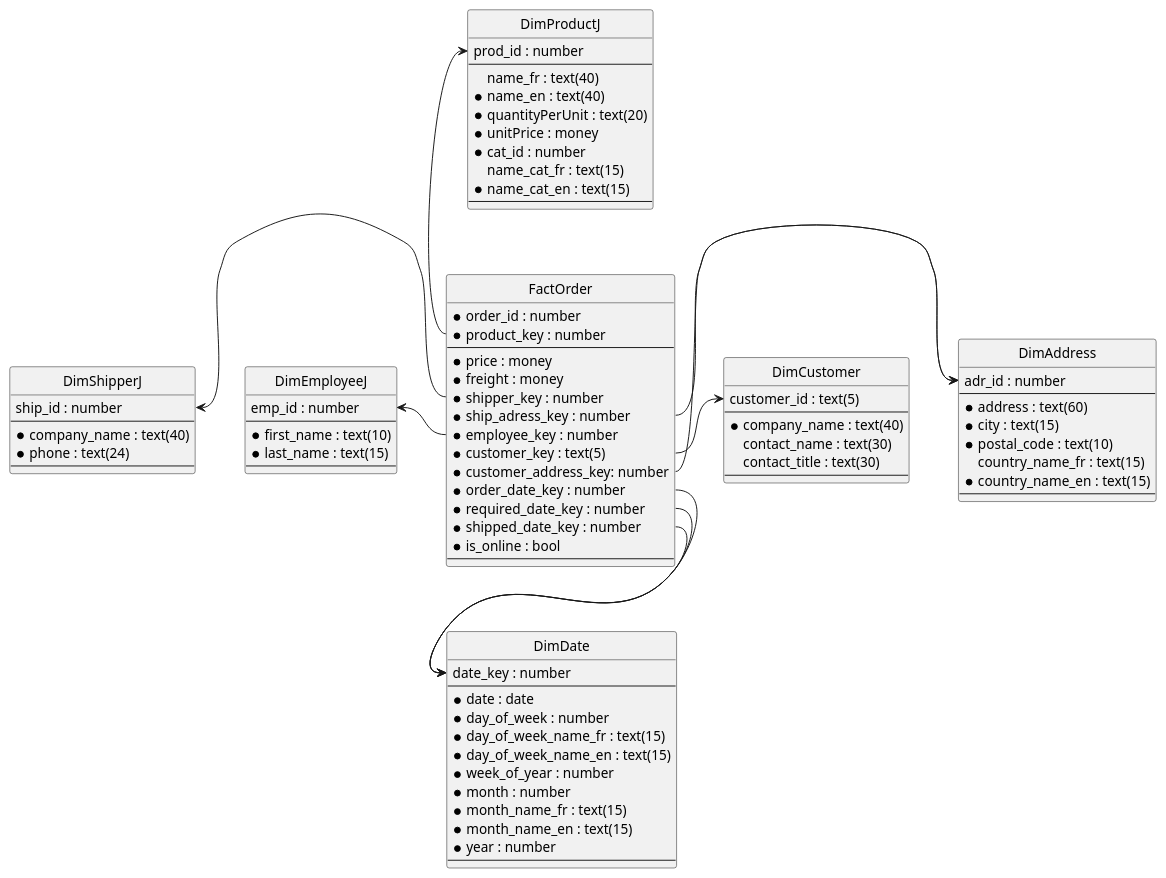
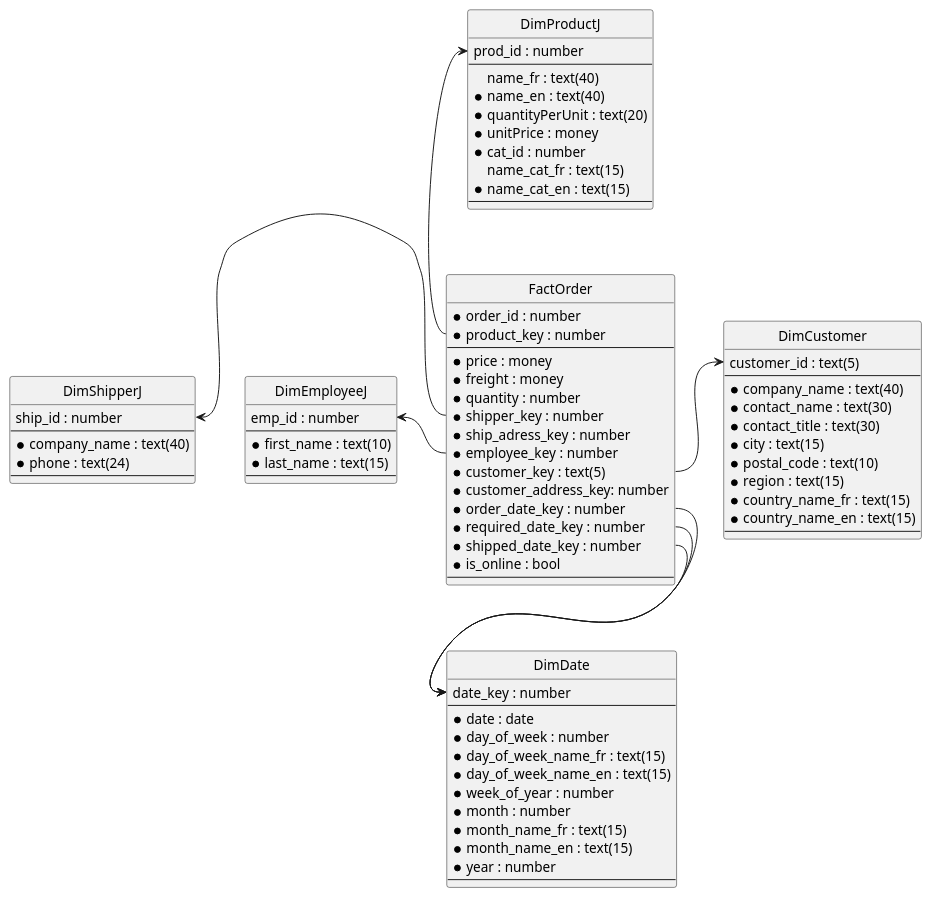
Before and after one commit to vsantele/IG3-Projet-BI: the diagram in schema/db.puml, drawn with PlantUML. The commit also changed 6 other files, not shown here.

```diff
--- a/schema/db.puml
+++ b/schema/db.puml
@@ -1,96 +1,92 @@
 @startuml db
 hide circle
 
 
+    
 entity "DimEmployeeJ" as emp {
     emp_id : number
     --
     *first_name : text(10)
     *last_name : text(15)
     --
 }
 
 
 entity "DimCustomer" as customer {
 	customer_id : text(5)
 --
     *company_name : text(40)
-    contact_name : text(30)
-    contact_title : text(30)
+    *contact_name : text(30)
+    *contact_title : text(30)
+    *city : text(15)
+    *postal_code : text(10)
+    *region : text(15)
+    *country_name_fr : text(15)
+    *country_name_en : text(15)
 --
 }
 entity "DimShipperJ" as shp{
     ship_id : number
     --
     *company_name : text(40)
     *phone : text(24)
     --
 }
 
 entity "DimProductJ" as prod {
     prod_id : number
     --
     name_fr : text(40)
     *name_en : text(40)
     *quantityPerUnit : text(20)
     *unitPrice : money
     *cat_id : number
     name_cat_fr : text(15)
     *name_cat_en : text(15)
     --
 }
 entity "FactOrder" as order{
     *order_id : number
     *product_key : number
     --
     *price : money
     *freight : money
+    *quantity : number
     *shipper_key : number
     *ship_adress_key : number
     *employee_key : number
     *customer_key : text(5)
     *customer_address_key: number
     *order_date_key : number
     *required_date_key : number
     *shipped_date_key : number
     *is_online : bool
     --
 }
-entity "DimAddress" as adr{
-    adr_id : number
-    --
-    *address : text(60)
-    *city : text(15)
-    *postal_code : text(10)
-    country_name_fr : text(15)
-    *country_name_en : text(15)
-    --
-}
+
 
 entity "DimDate" as date {
     date_key : number
     --
     *date : date
     *day_of_week : number
     *day_of_week_name_fr : text(15)
     *day_of_week_name_en : text(15)
     *week_of_year : number
     *month : number
     *month_name_fr : text(15)
     *month_name_en : text(15)
     *year : number
     --
 }
 
 
 order::order_date_key --> date::date_key
 order::required_date_key --> date::date_key
 order::shipped_date_key --> date::date_key
 order::product_key -up-> prod::prod_id
 order::employee_key  -left-> emp::emp_id
 order::shipper_key -left-> shp::ship_id
-order::ship_adress_key --> adr::adr_id
 order::customer_key -right-> customer::customer_id
-order::customer_address_key -right-> adr::adr_id
 
 @endum
```
